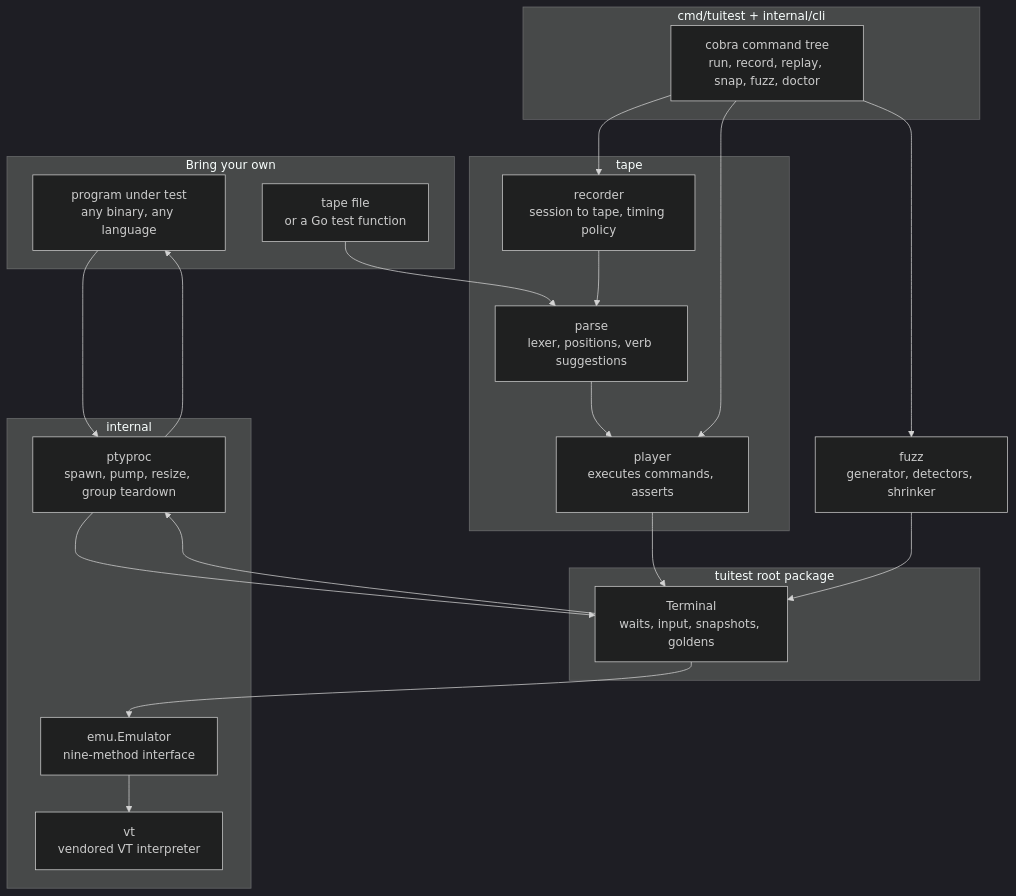
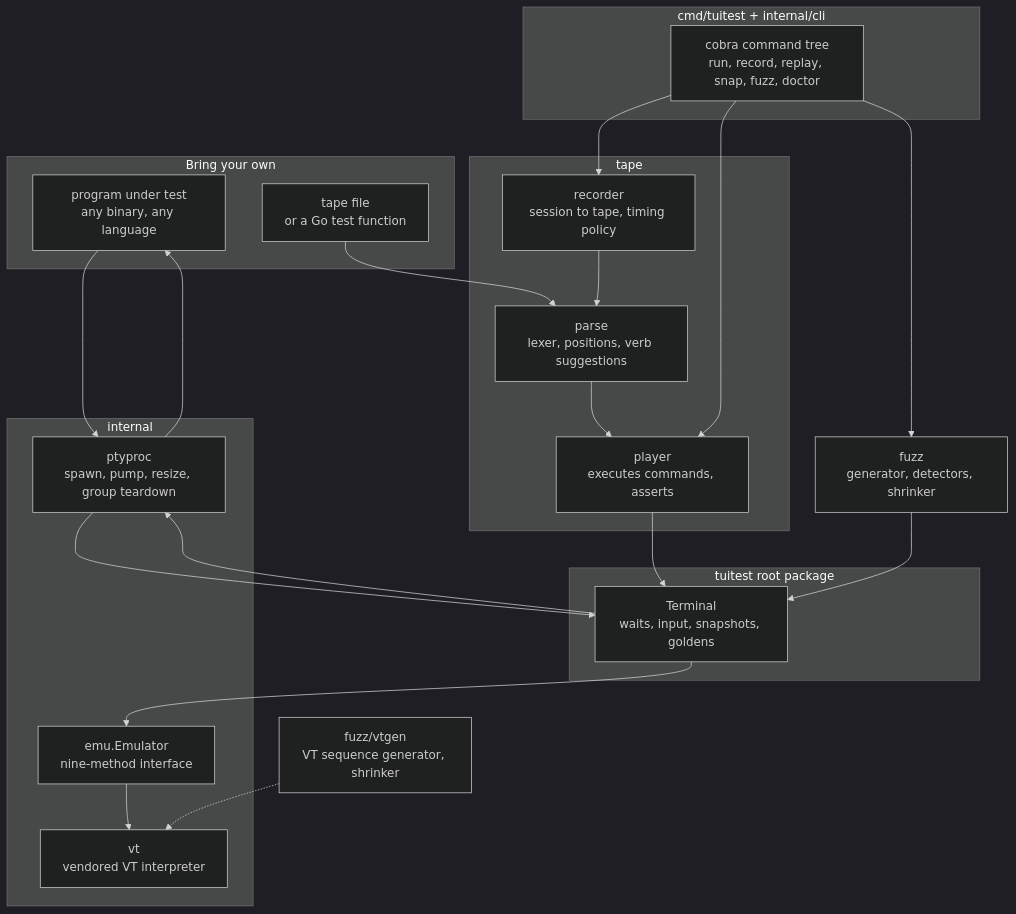
One commit to Gaurav-Gosain/tuitest changed the first of 2 diagrams in README.md. Above: the diagram before and after it, drawn with Mermaid (dark theme). The commit also changed other lines of this file and 1 other file, not shown here.

First line of the commit message:
docs: describe the generator that drives the other end of the pipe

````diff
--- a/README.md
+++ b/README.md
@@ -118,36 +118,38 @@
 ```mermaid
 flowchart TB
   subgraph Bring["Bring your own"]
     PROG[program under test<br/>any binary, any language]
     TAPE[tape file<br/>or a Go test function]
   end
 
   subgraph CLI["cmd/tuitest + internal/cli"]
     REG[cobra command tree<br/>run, record, replay, snap, fuzz, doctor]
   end
 
   subgraph Lang["tape"]
     PARSE[parse<br/>lexer, positions, verb suggestions]
     PLAY[player<br/>executes commands, asserts]
     REC[recorder<br/>session to tape, timing policy]
   end
 
   subgraph Core["tuitest root package"]
     TERM[Terminal<br/>waits, input, snapshots, goldens]
   end
 
   subgraph Low["internal"]
     PTY[ptyproc<br/>spawn, pump, resize, group teardown]
     EMU[emu.Emulator<br/>nine-method interface]
     VT[vt<br/>vendored VT interpreter]
   end
 
   FUZZ[fuzz<br/>generator, detectors, shrinker]
+  VTGEN[fuzz/vtgen<br/>VT sequence generator, shrinker]
 
   TAPE --> PARSE --> PLAY --> TERM
   REG --> PLAY
   REG --> REC --> PARSE
   REG --> FUZZ --> TERM
   TERM --> PTY --> PROG
   PROG --> PTY --> TERM --> EMU --> VT
+  VTGEN -.-> VT
 ```
````
